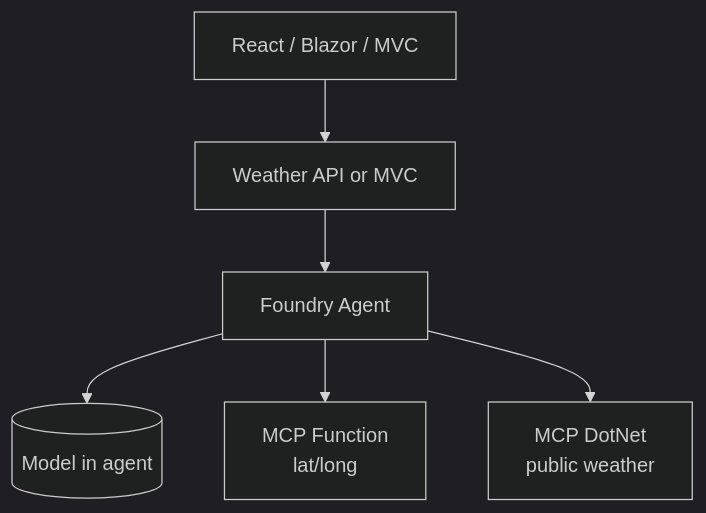
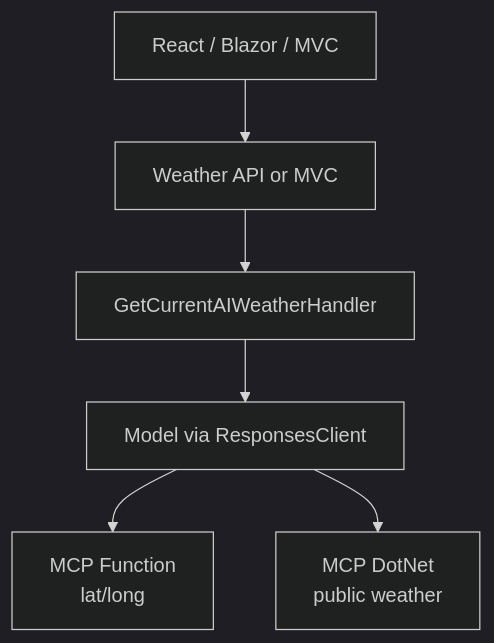
Diagram 20 of 36 in docs/4-demystifying-foundry-agents-mcp/demystifying-foundry-agents-mcp.md (dustinkorzaan/weather-1116), drawn with Mermaid (dark theme) before and after one commit. The commit also changed other lines of this file and 14 other files, not shown here.

````diff
--- a/docs/4-demystifying-foundry-agents-mcp/demystifying-foundry-agents-mcp.md
+++ b/docs/4-demystifying-foundry-agents-mcp/demystifying-foundry-agents-mcp.md
@@ -364,8 +383,8 @@
 ```mermaid
 flowchart TB
     UI[React / Blazor / MVC] --> API[Weather API or MVC]
-    API --> FA[Foundry Agent]
-    FA --> M[(Model in agent)]
-    FA --> MF[MCP Function<br/>lat/long]
-    FA --> MD[MCP DotNet<br/>public weather]
+    API --> H[GetCurrentAIWeatherHandler]
+    H --> M[Model via ResponsesClient]
+    M --> MF[MCP Function<br/>lat/long]
+    M --> MD[MCP DotNet<br/>public weather]
 ```
````
